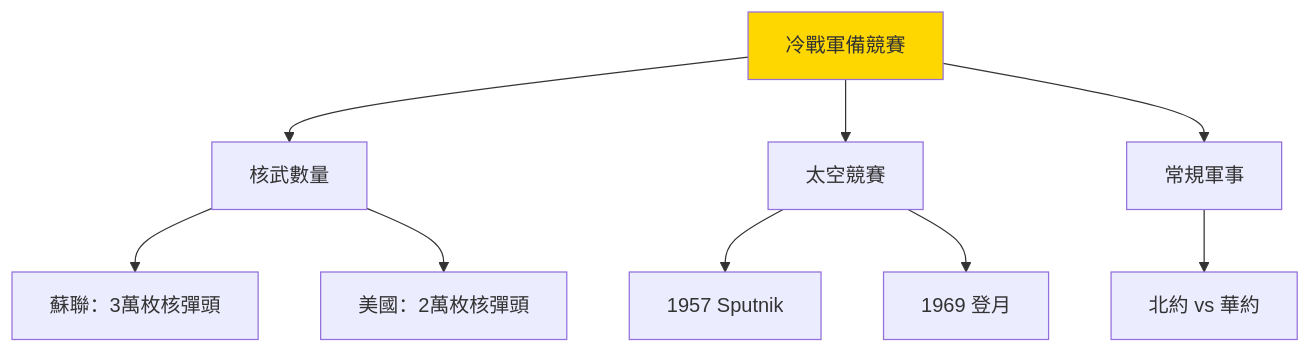
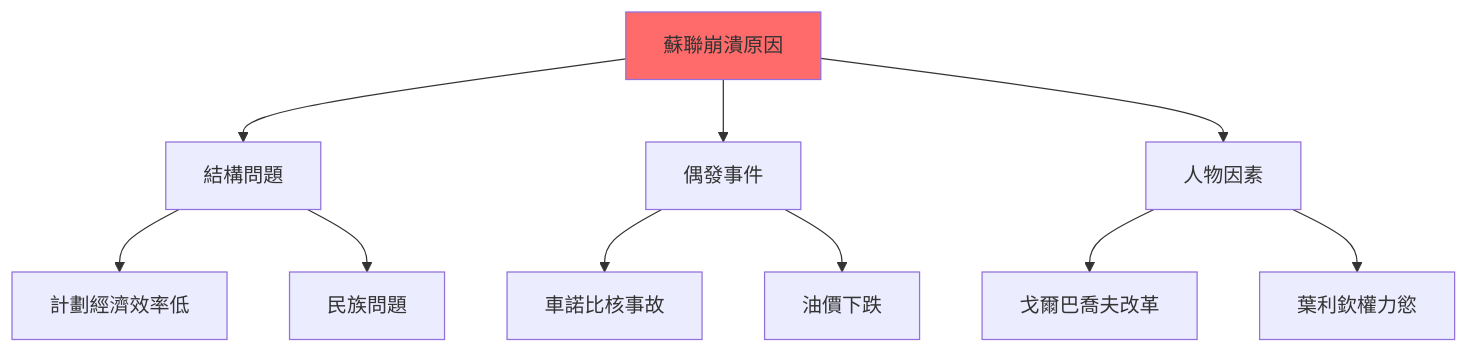
The eighth of 10 diagrams in 01_HKU_Courses/HIST2103_Russian_state_and_society.md (yip-lgtm/HKU-Harvard-History-Self-Study), drawn with Mermaid before and after one commit. The commit also changed other lines of this file and 25 other files, not shown here.

````diff
--- a/01_HKU_Courses/HIST2103_Russian_state_and_society.md
+++ b/01_HKU_Courses/HIST2103_Russian_state_and_society.md
@@ -133,12 +308,13 @@
 ```mermaid
 graph TD
-    A["冷戰軍備競賽"] --> B["核武數量"]
-    A --> C["太空競賽"]
-    A --> D["常規軍事"]
-    B --> B1["蘇聯：3萬枚核彈頭"]
-    B --> B2["美國：2萬枚核彈頭"]
-    C --> C1["1957 Sputnik"]
-    C --> C2["1969 登月"]
-    D --> D1["北約 vs 華約"]
-    style A fill:#FFD700
+    A["蘇聯崩潰原因"] --> B["結構問題"]
+    A --> C["偶發事件"]
+    A --> D["人物因素"]
+    B --> E["計劃經濟效率低"]
+    B --> F["民族問題"]
+    C --> G["車諾比核事故"]
+    C --> H["油價下跌"]
+    D --> I["戈爾巴喬夫改革"]
+    D --> J["葉利欽權力慾"]
+    style A fill:#FF6B6B
 ```
````
